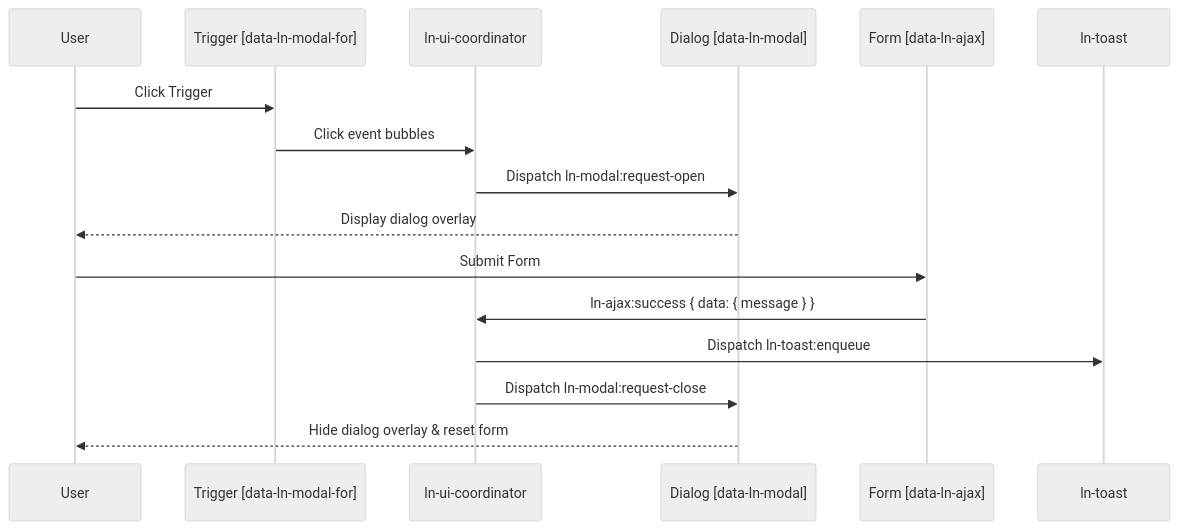
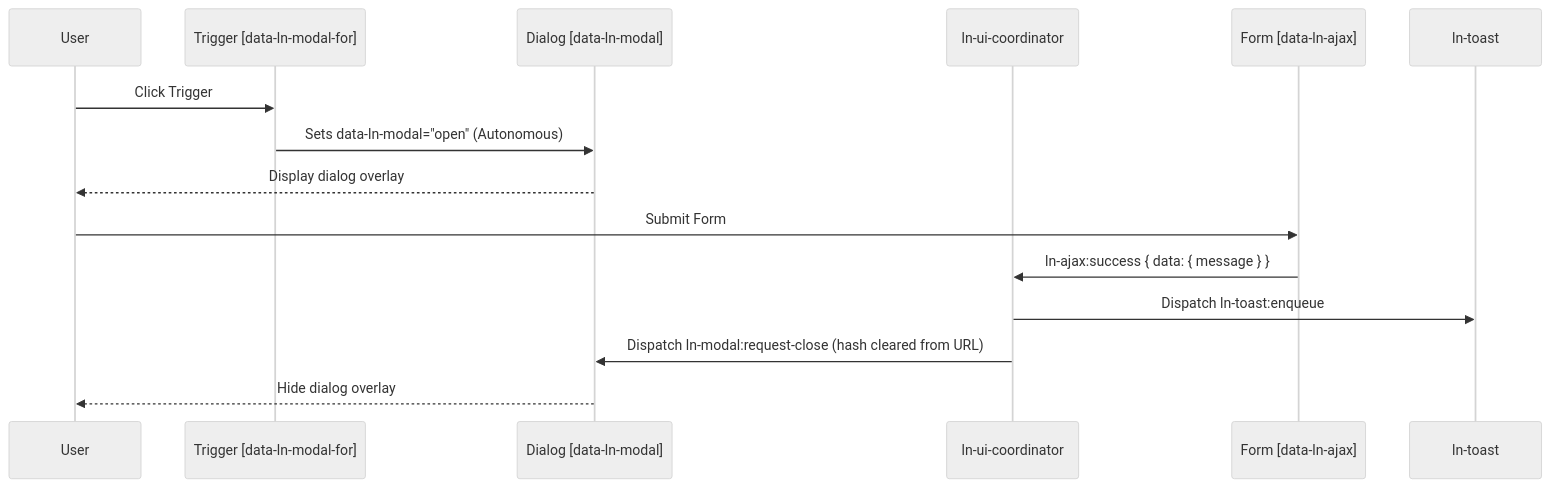
The diagram in docs-mcp/components/ln-ui-coordinator.md (livenetworks/ln-ashlar), drawn with Mermaid (neutral theme) before and after one commit. The commit also changed other lines of this file and 25 other files, not shown here.

Commit message:
fix(modal,coordinator): streamline ln-modal trigger autonomy and eliminate dictionary bloat from ln-ui-coordinator

````diff
--- a/docs-mcp/components/ln-ui-coordinator.md
+++ b/docs-mcp/components/ln-ui-coordinator.md
@@ -169,19 +121,18 @@
 ```mermaid
 sequenceDiagram
     participant User
     participant Trigger as Trigger [data-ln-modal-for]
+    participant Modal as Dialog [data-ln-modal]
     participant Coord as ln-ui-coordinator
-    participant Modal as Dialog [data-ln-modal]
     participant Ajax as Form [data-ln-ajax]
     participant Toast as ln-toast
 
     User->>Trigger: Click Trigger
-    Trigger->>Coord: Click event bubbles
-    Coord->>Modal: Dispatch ln-modal:request-open
+    Trigger->>Modal: Sets data-ln-modal="open" (Autonomous)
     Modal-->>User: Display dialog overlay
     User->>Ajax: Submit Form
     Ajax->>Coord: ln-ajax:success { data: { message } }
     Coord->>Toast: Dispatch ln-toast:enqueue
-    Coord->>Modal: Dispatch ln-modal:request-close
-    Modal-->>User: Hide dialog overlay & reset form
+    Coord->>Modal: Dispatch ln-modal:request-close (hash cleared from URL)
+    Modal-->>User: Hide dialog overlay
 ```
````
